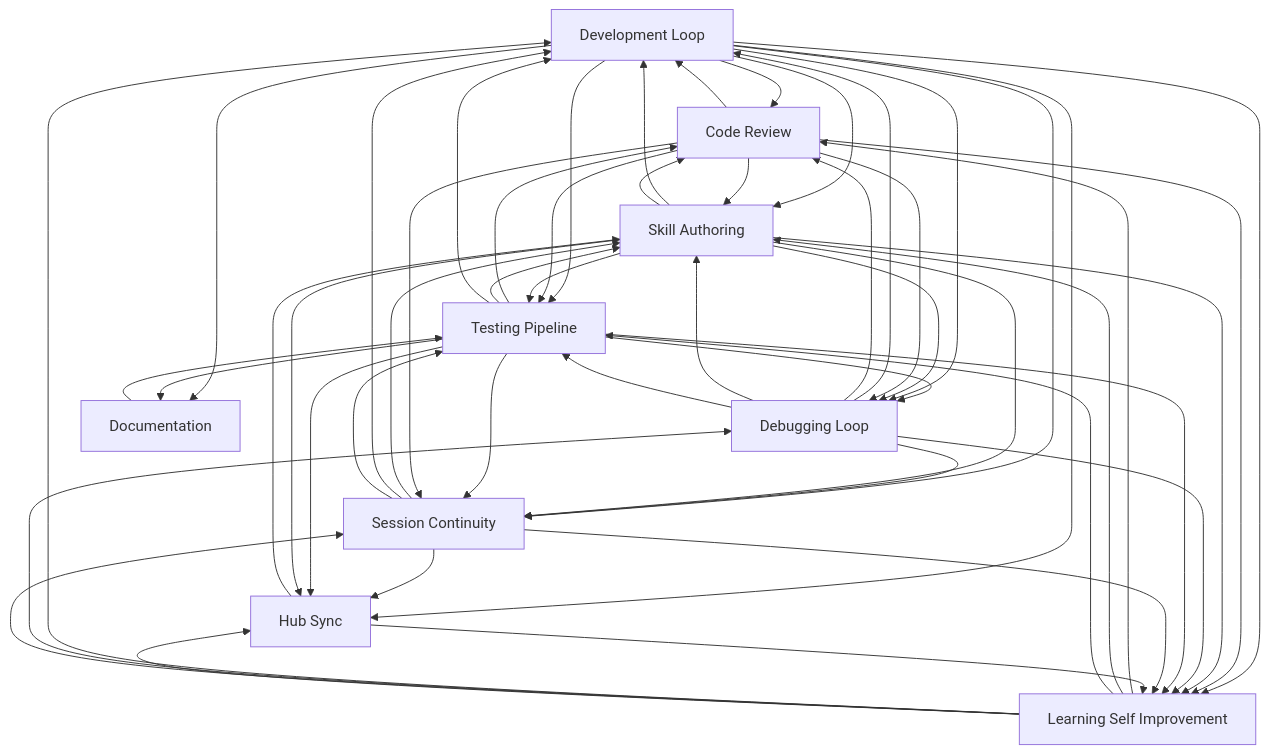
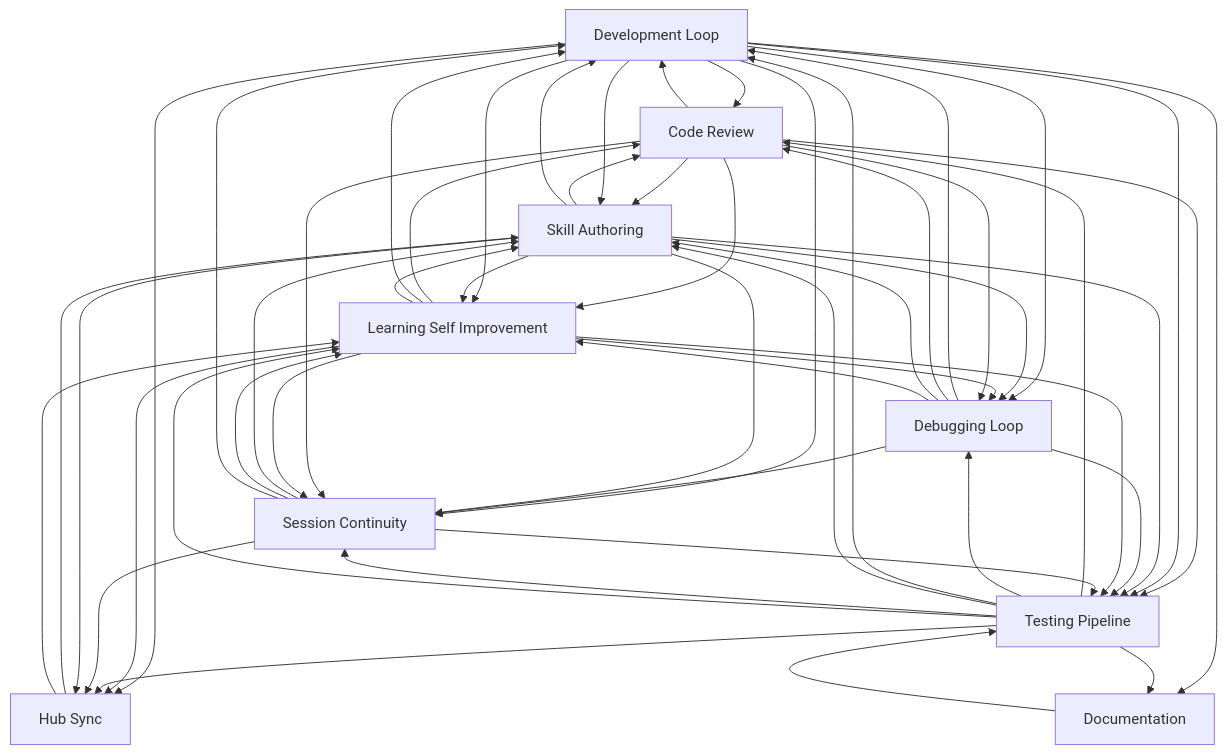
Before and after one commit to abhayla/claude-best-practices: the diagram in docs/workflows/INDEX.md, drawn with Mermaid. The commit also changed other lines of this file and 11 other files, not shown here.

````diff
--- a/docs/workflows/INDEX.md
+++ b/docs/workflows/INDEX.md
@@ -21,62 +21,62 @@
 ```mermaid
 graph TD
     development_loop[Development Loop]
     testing_pipeline[Testing Pipeline]
     debugging_loop[Debugging Loop]
     learning_self_improvement[Learning Self Improvement]
     session_continuity[Session Continuity]
     skill_authoring[Skill Authoring]
     code_review[Code Review]
     documentation[Documentation]
     hub_sync[Hub Sync]
     documentation --> testing_pipeline
+    code_review --> skill_authoring
+    code_review --> development_loop
     development_loop --> code_review
     development_loop --> skill_authoring
-    code_review --> development_loop
-    code_review --> skill_authoring
+    code_review --> learning_self_improvement
+    code_review --> testing_pipeline
+    development_loop --> learning_self_improvement
     development_loop --> testing_pipeline
-    development_loop --> learning_self_improvement
-    code_review --> testing_pipeline
-    code_review --> learning_self_improvement
     testing_pipeline --> code_review
     testing_pipeline --> debugging_loop
+    testing_pipeline --> development_loop
     testing_pipeline --> skill_authoring
-    testing_pipeline --> development_loop
+    skill_authoring --> code_review
     skill_authoring --> development_loop
-    skill_authoring --> code_review
+    skill_authoring --> learning_self_improvement
     skill_authoring --> testing_pipeline
-    skill_authoring --> learning_self_improvement
     development_loop --> session_continuity
     debugging_loop --> development_loop
     debugging_loop --> session_continuity
+    testing_pipeline --> session_continuity
     skill_authoring --> session_continuity
-    testing_pipeline --> session_continuity
-    development_loop --> debugging_loop
     debugging_loop --> code_review
     debugging_loop --> skill_authoring
     debugging_loop --> testing_pipeline
+    development_loop --> debugging_loop
     skill_authoring --> debugging_loop
     debugging_loop --> learning_self_improvement
     testing_pipeline --> learning_self_improvement
     learning_self_improvement --> code_review
+    learning_self_improvement --> debugging_loop
+    learning_self_improvement --> development_loop
     learning_self_improvement --> skill_authoring
     learning_self_improvement --> testing_pipeline
-    learning_self_improvement --> development_loop
-    learning_self_improvement --> debugging_loop
     code_review --> debugging_loop
     code_review --> session_continuity
     learning_self_improvement --> session_continuity
     development_loop --> hub_sync
-    session_continuity --> hub_sync
+    learning_self_improvement --> hub_sync
+    testing_pipeline --> hub_sync
     session_continuity --> skill_authoring
     session_continuity --> learning_self_improvement
-    learning_self_improvement --> hub_sync
-    testing_pipeline --> hub_sync
+    session_continuity --> hub_sync
     development_loop --> documentation
     testing_pipeline --> documentation
     session_continuity --> development_loop
     session_continuity --> testing_pipeline
     skill_authoring --> hub_sync
     hub_sync --> skill_authoring
     hub_sync --> learning_self_improvement
 ```
````
